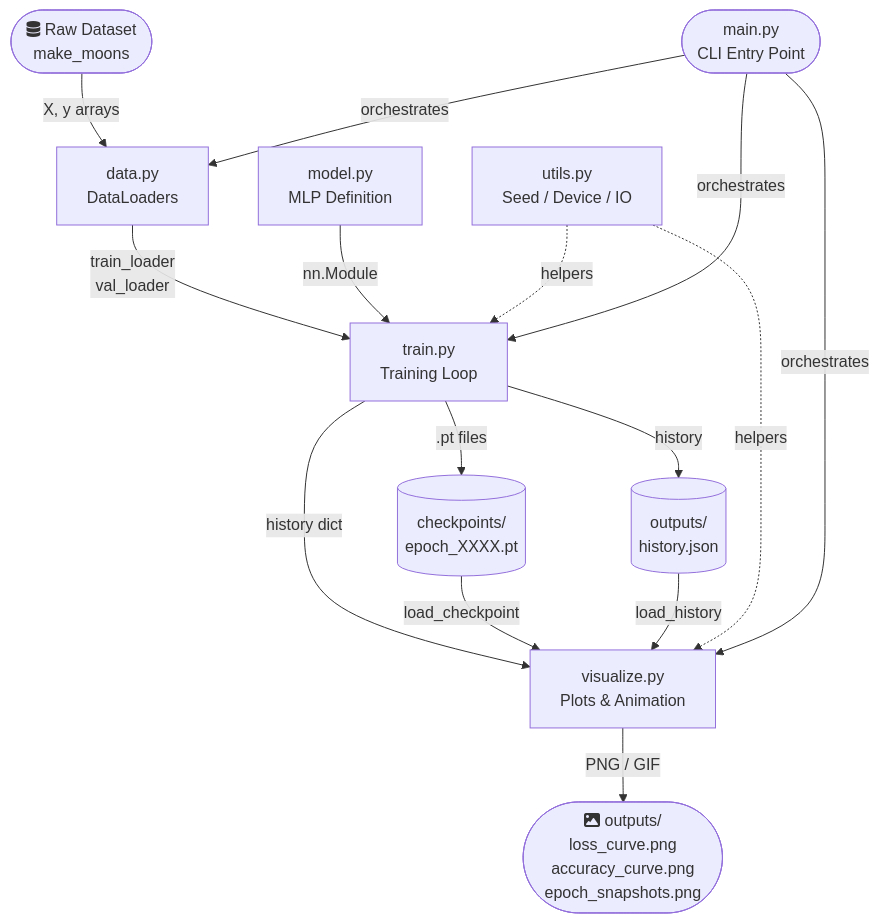
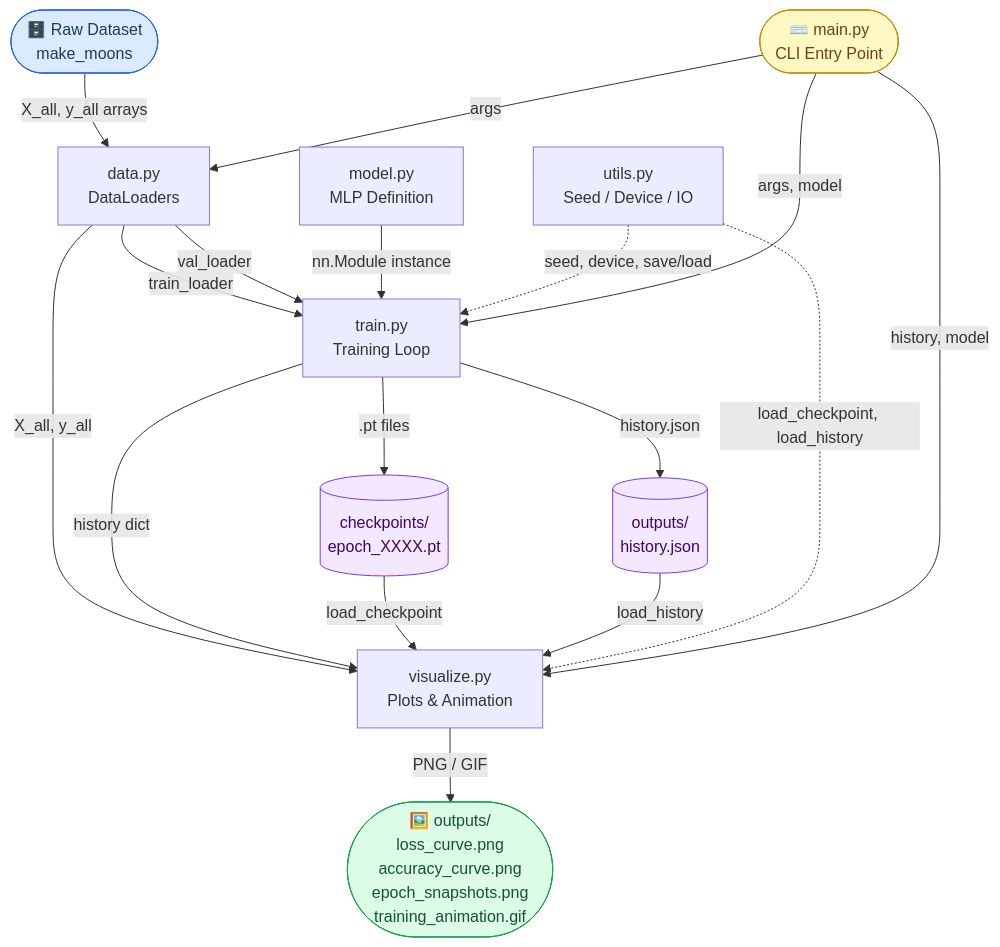
Before and after one commit to hkevin01/epochs-demo: the first of 5 diagrams in README.md, drawn with Mermaid. The commit also changed other lines of this file, not shown here.

````diff
--- a/README.md
+++ b/README.md
@@ -95,17 +126,25 @@
 ```mermaid
 flowchart TD
-    A([fa:fa-database Raw Dataset\nmake_moons]) -->|X, y arrays| B[data.py\nDataLoaders]
-    B -->|train_loader\nval_loader| C[train.py\nTraining Loop]
-    C -->|history dict| D[visualize.py\nPlots & Animation]
+    A([🗄️ Raw Dataset\nmake_moons]) -->|X_all, y_all arrays| B[data.py\nDataLoaders]
+    B -->|train_loader| C[train.py\nTraining Loop]
+    B -->|val_loader| C
+    B -->|X_all, y_all| D[visualize.py\nPlots & Animation]
+    C -->|history dict| D
     C -->|.pt files| E[(checkpoints/\nepoch_XXXX.pt)]
-    C -->|history| F[(outputs/\nhistory.json)]
+    C -->|history.json| F[(outputs/\nhistory.json)]
     E -->|load_checkpoint| D
     F -->|load_history| D
-    D -->|PNG / GIF| G([fa:fa-image outputs/\nloss_curve.png\naccuracy_curve.png\nepoch_snapshots.png])
-    H[model.py\nMLP Definition] -->|nn.Module| C
-    I[utils.py\nSeed / Device / IO] -.->|helpers| C
-    I -.->|helpers| D
-    J([main.py\nCLI Entry Point]) -->|orchestrates| B
-    J -->|orchestrates| C
-    J -->|orchestrates| D
+    D -->|PNG / GIF| G([🖼️ outputs/\nloss_curve.png\naccuracy_curve.png\nepoch_snapshots.png\ntraining_animation.gif])
+    H[model.py\nMLP Definition] -->|nn.Module instance| C
+    I[utils.py\nSeed / Device / IO] -.->|seed, device, save/load| C
+    I -.->|load_checkpoint, load_history| D
+    J([⌨️ main.py\nCLI Entry Point]) -->|args| B
+    J -->|args, model| C
+    J -->|history, model| D
+
+    style A fill:#DBEAFE,stroke:#2563EB,color:#1e3a5f
+    style G fill:#DCFCE7,stroke:#16A34A,color:#14532d
+    style J fill:#FEF9C3,stroke:#CA8A04,color:#713f12
+    style E fill:#F3E8FF,stroke:#7C3AED,color:#3b0764
+    style F fill:#F3E8FF,stroke:#7C3AED,color:#3b0764
 ```
````
